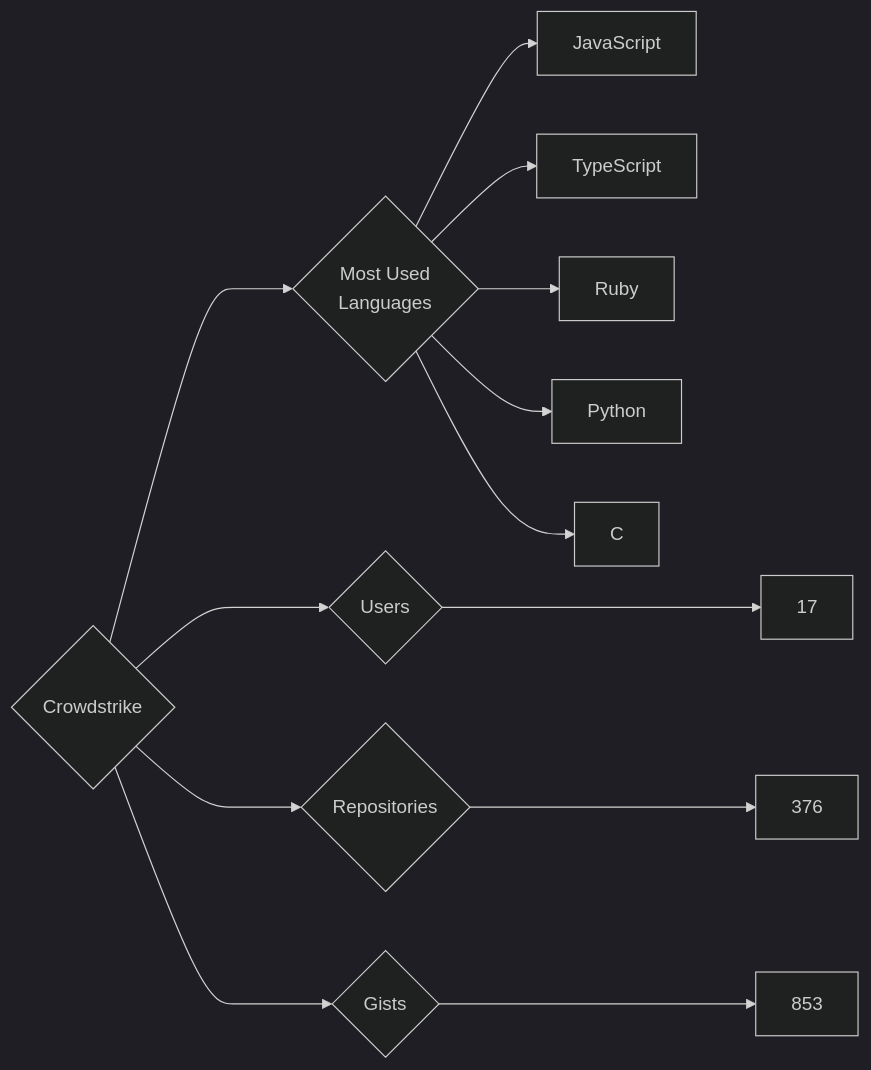
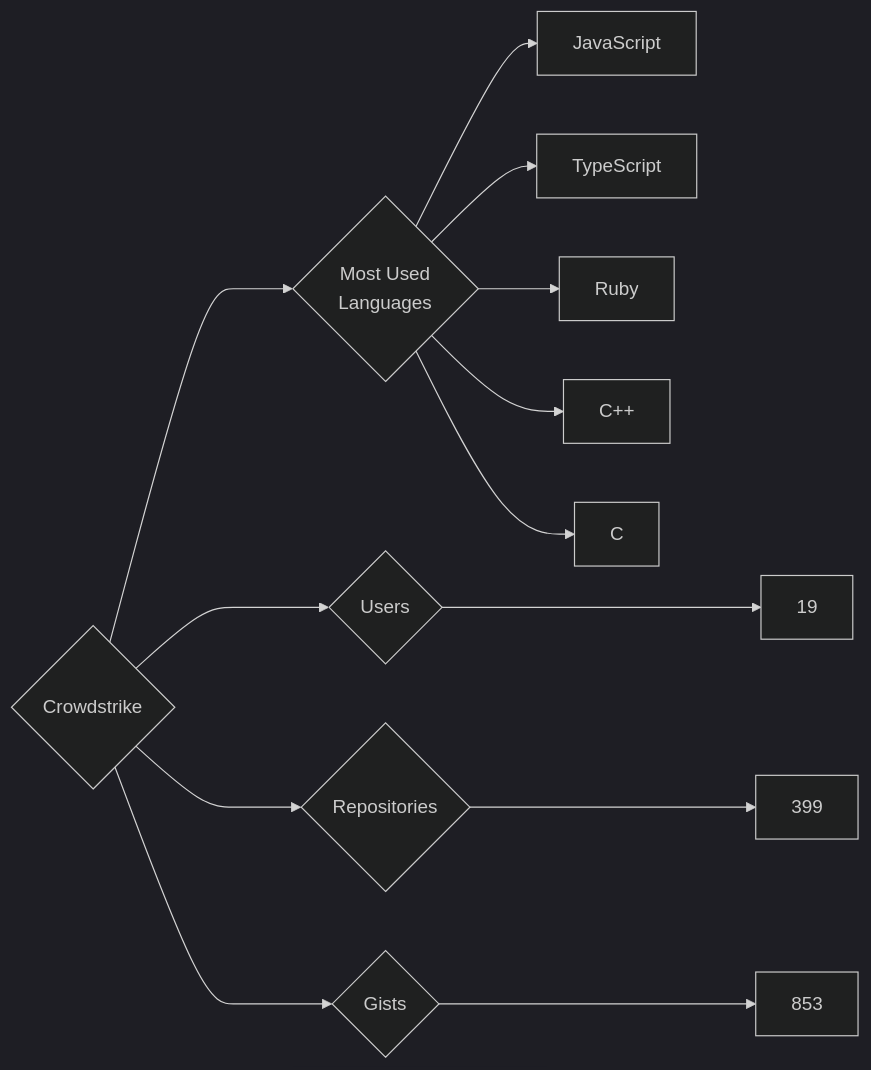
One commit to trickest/insiders changed the diagram in targets/Crowdstrike/README.md. Above: the diagram before and after it, drawn with Mermaid (dark theme). The commit also changed 1020 other files, not shown here.

````diff
--- a/targets/Crowdstrike/README.md
+++ b/targets/Crowdstrike/README.md
@@ -3,13 +3,13 @@
 ```mermaid
 graph LR
 COMPANY_NAME{Crowdstrike}
-COMPANY_NAME ---> U{Users} ---> UN[17]
-COMPANY_NAME ---> R{Repositories} ---> RN[376]
+COMPANY_NAME ---> U{Users} ---> UN[19]
+COMPANY_NAME ---> R{Repositories} ---> RN[399]
 COMPANY_NAME ---> G{Gists} ---> GN[853]
 COMPANY_NAME ---> ML{Most Used<br>Languages}
 ML --> JavaScript[JavaScript]
 ML --> TypeScript[TypeScript]
 ML --> Ruby[Ruby]
-ML --> Python[Python]
+ML --> C++[C++]
 ML --> C[C]
 ```
````
